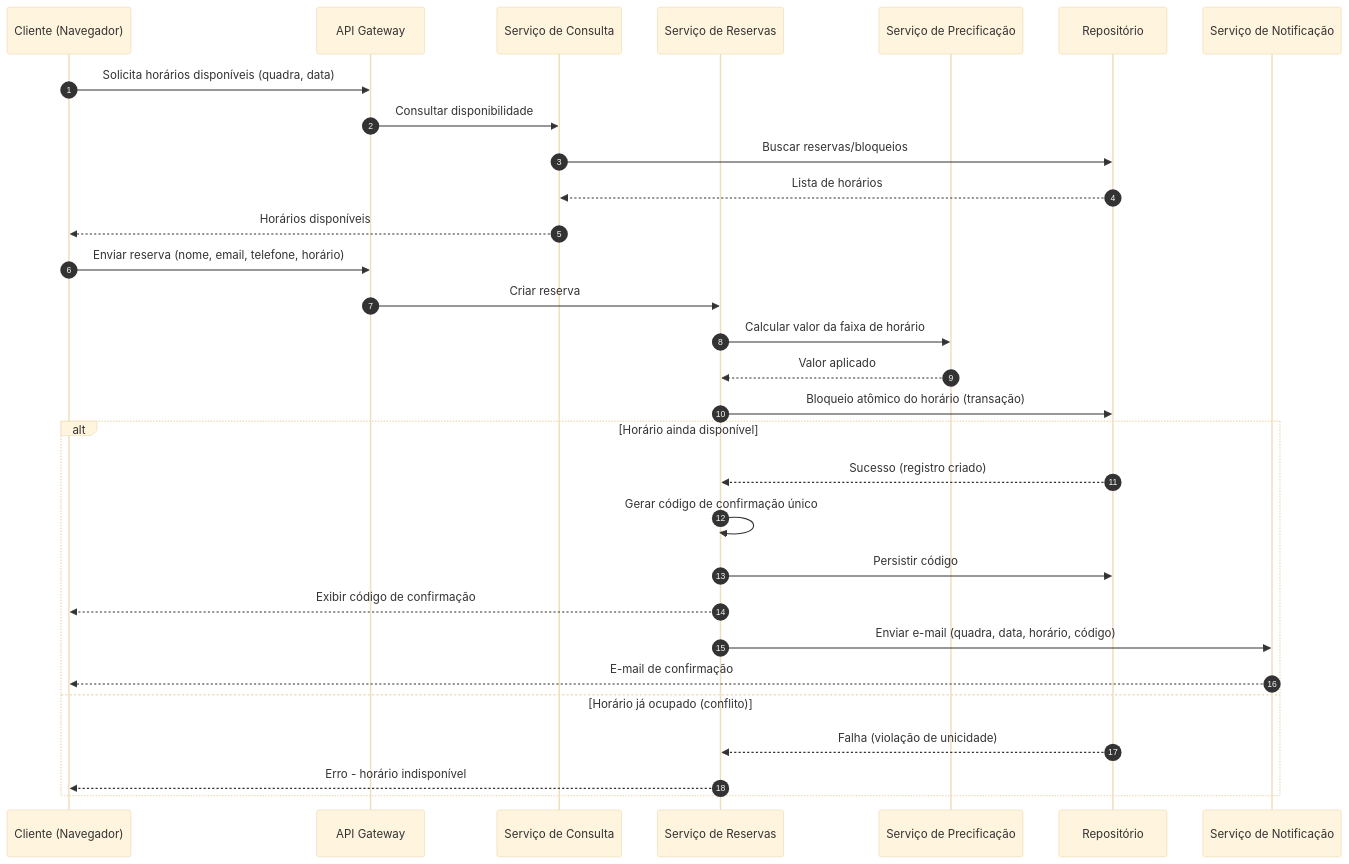
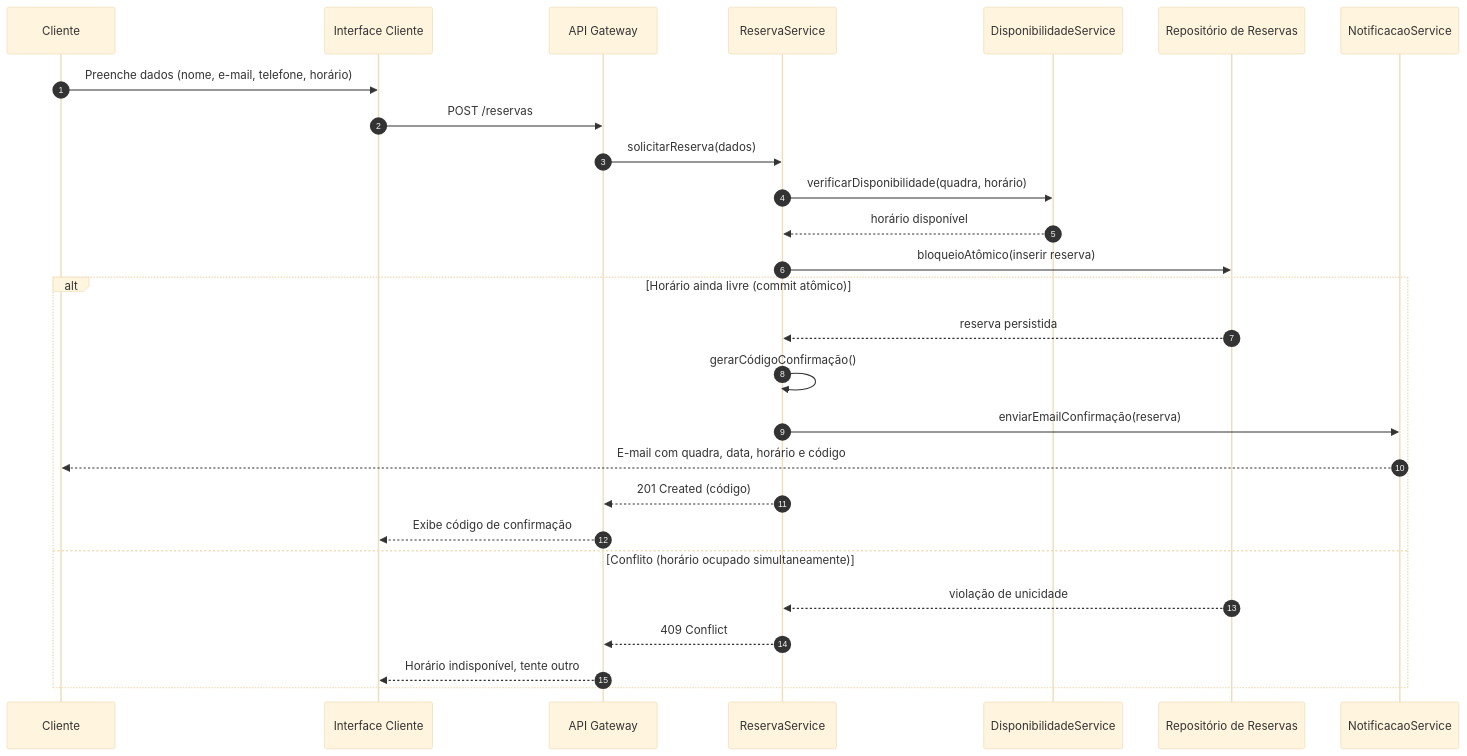
Before and after one commit to PDC-ESIA/AI4ES: the second of 4 diagrams in docs/Time_2_Design/analise-qualitativa/outputs/relatorio_claude_opus_4_8_P05.md, drawn with Mermaid (base theme). The commit also changed other lines of this file and 107 other files, not shown here.

````diff
--- a/docs/Time_2_Design/analise-qualitativa/outputs/relatorio_claude_opus_4_8_P05.md
+++ b/docs/Time_2_Design/analise-qualitativa/outputs/relatorio_claude_opus_4_8_P05.md
@@ -66,34 +76,30 @@
 ```mermaid
 sequenceDiagram
     autonumber
-    participant C as Cliente (Navegador)
+    participant C as Cliente
+    participant UI as Interface Cliente
     participant GW as API Gateway
-    participant QRY as Serviço de Consulta
-    participant RES as Serviço de Reservas
-    participant PRC as Serviço de Precificação
-    participant REPO as Repositório
-    participant NOT as Serviço de Notificação
+    participant RS as ReservaService
+    participant DS as DisponibilidadeService
+    participant RR as Repositório de Reservas
+    participant NS as NotificacaoService
 
-    C->>GW: Solicita horários disponíveis (quadra, data)
-    GW->>QRY: Consultar disponibilidade
-    QRY->>REPO: Buscar reservas/bloqueios
-    REPO-->>QRY: Lista de horários
-    QRY-->>C: Horários disponíveis
-
-    C->>GW: Enviar reserva (nome, email, telefone, horário)
-    GW->>RES: Criar reserva
-    RES->>PRC: Calcular valor da faixa de horário
-    PRC-->>RES: Valor aplicado
-    RES->>REPO: Bloqueio atômico do horário (transação)
-    alt Horário ainda disponível
-        REPO-->>RES: Sucesso (registro criado)
-        RES->>RES: Gerar código de confirmação único
-        RES->>REPO: Persistir código
-        RES-->>C: Exibir código de confirmação
-        RES->>NOT: Enviar e-mail (quadra, data, horário, código)
-        NOT-->>C: E-mail de confirmação
-    else Horário já ocupado (conflito)
-        REPO-->>RES: Falha (violação de unicidade)
-        RES-->>C: Erro - horário indisponível
+    C->>UI: Preenche dados (nome, e-mail, telefone, horário)
+    UI->>GW: POST /reservas
+    GW->>RS: solicitarReserva(dados)
+    RS->>DS: verificarDisponibilidade(quadra, horário)
+    DS-->>RS: horário disponível
+    RS->>RR: bloqueioAtômico(inserir reserva)
+    alt Horário ainda livre (commit atômico)
+        RR-->>RS: reserva persistida
+        RS->>RS: gerarCódigoConfirmação()
+        RS->>NS: enviarEmailConfirmação(reserva)
+        NS-->>C: E-mail com quadra, data, horário e código
+        RS-->>GW: 201 Created (código)
+        GW-->>UI: Exibe código de confirmação
+    else Conflito (horário ocupado simultaneamente)
+        RR-->>RS: violação de unicidade
+        RS-->>GW: 409 Conflict
+        GW-->>UI: Horário indisponível, tente outro
     end
 ```
````
